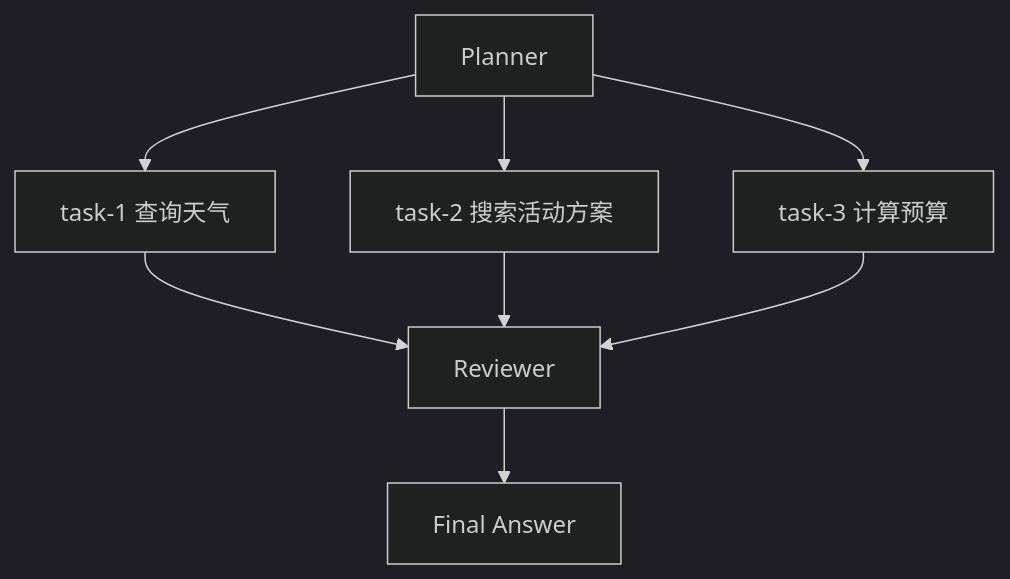
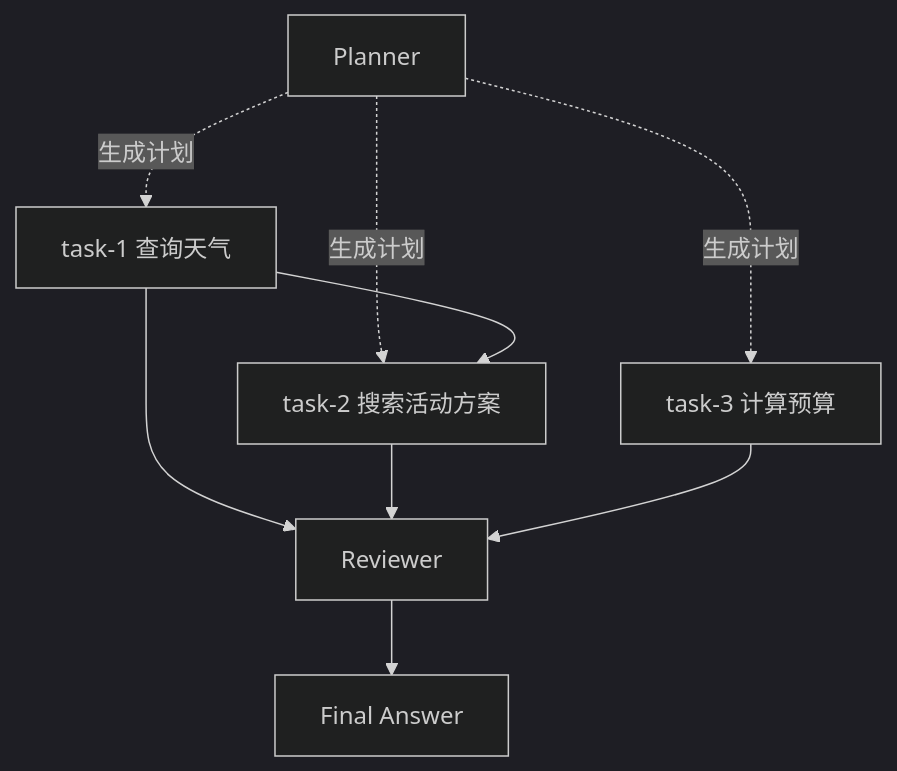
Before and after one commit to zyangcode/agent-platform: the diagram in 实际开发/阶段4/01-阶段4AgentTeam设计说明.md, drawn with Mermaid (dark theme). The commit also changed other lines of this file and 3 other files, not shown here.

````diff
--- a/实际开发/阶段4/01-阶段4AgentTeam设计说明.md
+++ b/实际开发/阶段4/01-阶段4AgentTeam设计说明.md
@@ -307,10 +379,18 @@
 ```mermaid
 flowchart TD
-  P[Planner] --> T1[task-1 查询天气]
-  P --> T2[task-2 搜索活动方案]
-  P --> T3[task-3 计算预算]
-  T1 --> R[Reviewer]
+  P[Planner]
+  T1[task-1 查询天气]
+  T2[task-2 搜索活动方案]
+  T3[task-3 计算预算]
+  R[Reviewer]
+  F[Final Answer]
+
+  P -.生成计划.-> T1
+  P -.生成计划.-> T2
+  P -.生成计划.-> T3
+  T1 --> T2
+  T1 --> R
   T2 --> R
   T3 --> R
   R --> F[Final Answer]
 ```
````
